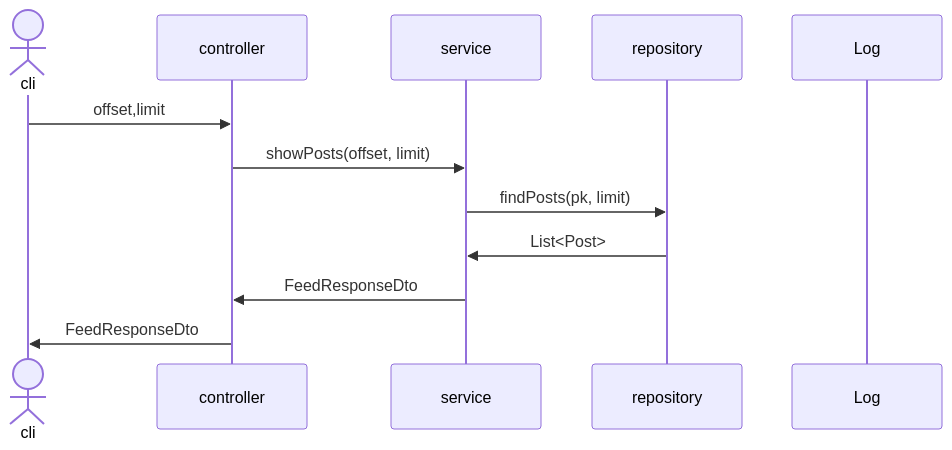
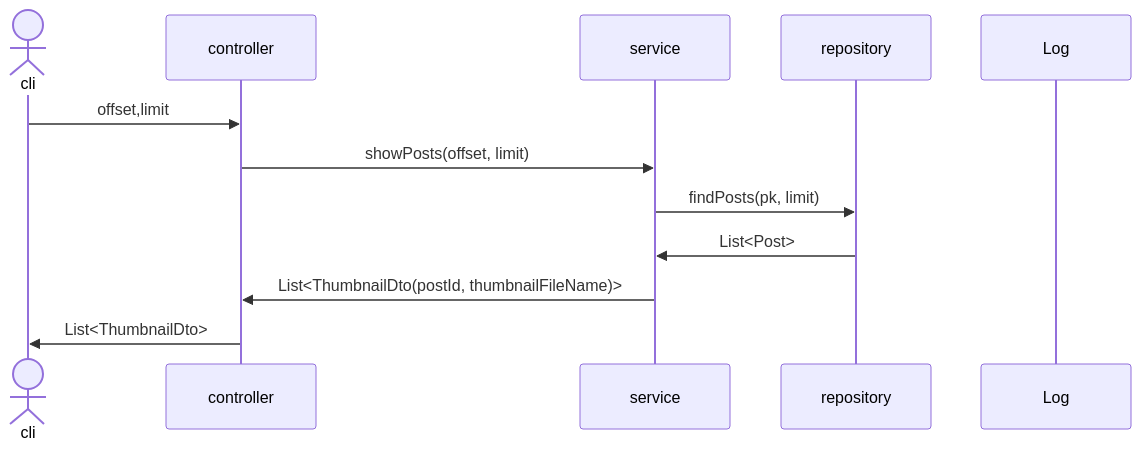
Before and after one commit to mtak0235/snsX: diagram 26 of 28 in sequence.md, drawn with Mermaid.

Commit message:
update showFeed sequence diagram

````diff
--- a/sequence.md
+++ b/sequence.md
@@ -541,15 +541,15 @@
 ```mermaid
 sequenceDiagram
 actor cli
 participant c as controller
 participant s as service
 participant r as repository
 participant l as Log
 # 매번 새로운 것을 보여줘야함
 cli->>c: offset,limit
 c->>s: showPosts(offset, limit)
 s->>r: findPosts(pk, limit)
 r->>s: List<Post>
-s->>c: FeedResponseDto
-c->>cli: FeedResponseDto
+s->>c: List<ThumbnailDto(postId, thumbnailFileName)>
+c->>cli: List<ThumbnailDto>
 ```
````
